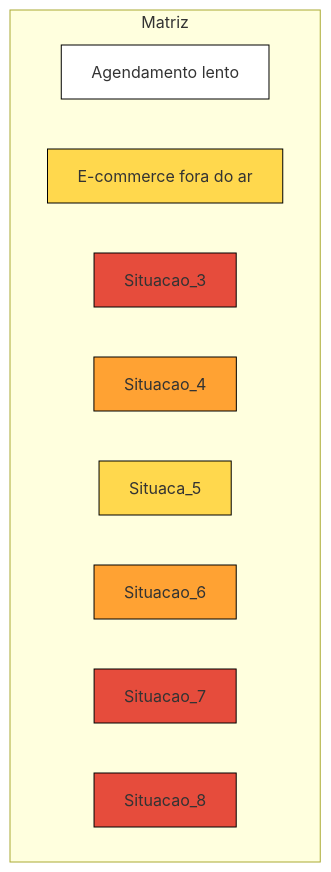
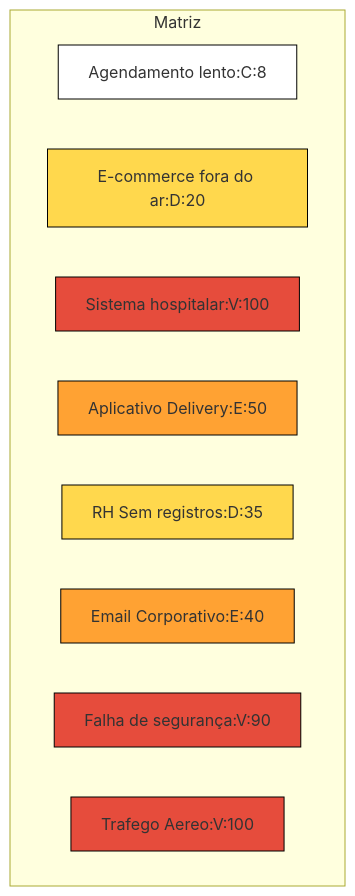
The second of 2 diagrams in README.md (BDlucca/Exercicio-GAPS), drawn with Mermaid before and after one commit.

````diff
--- a/README.md
+++ b/README.md
@@ -24,19 +24,19 @@
 ```mermaid
 graph TD
   subgraph Matriz
-    A1["Agendamento lento"]:::branco
-    B2["E-commerce fora do ar"]:::amarelo
-    C4["Situacao_3"]:::vermelho
-    D3["Situacao_4"]:::laranja
-    E2["Situaca_5"]:::amarelo
-    F3["Situacao_6"]:::laranja
-    G4["Situacao_7"]:::vermelho
-    H4["Situacao_8"]:::vermelho
+    A1["Agendamento lento:C:8"]:::branco
+    B2["E-commerce fora do ar:D:20"]:::amarelo
+    C4["Sistema hospitalar:V:100"]:::vermelho
+    D3["Aplicativo Delivery:E:50"]:::laranja
+    E2["RH Sem registros:D:35"]:::amarelo
+    F3["Email Corporativo:E:40"]:::laranja
+    G4["Falha de segurança:V:90"]:::vermelho
+    H4["Trafego Aereo:V:100"]:::vermelho
 end
 
 classDef branco fill:#fff,      stroke:#000,  stroke-width:1px;
 classDef amarelo fill:#FFD84D,  stroke:#000,  stroke-width:1px;
 classDef laranja fill:#FFA233,  stroke:#000,  stroke-width:1px;
 classDef vermelho fill:#E64C3C, stroke:#000,  stroke-width:1px;
 
 ```
````
